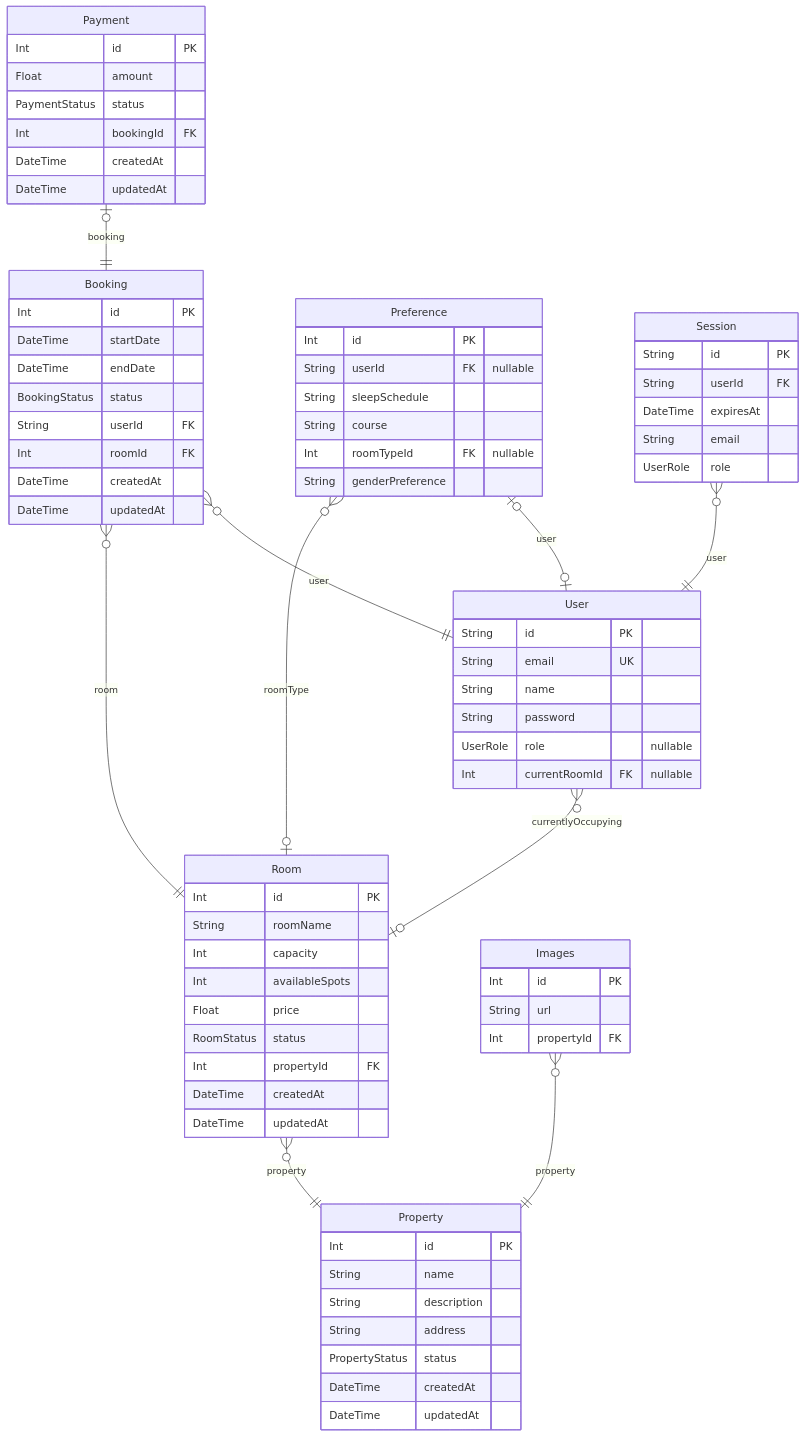
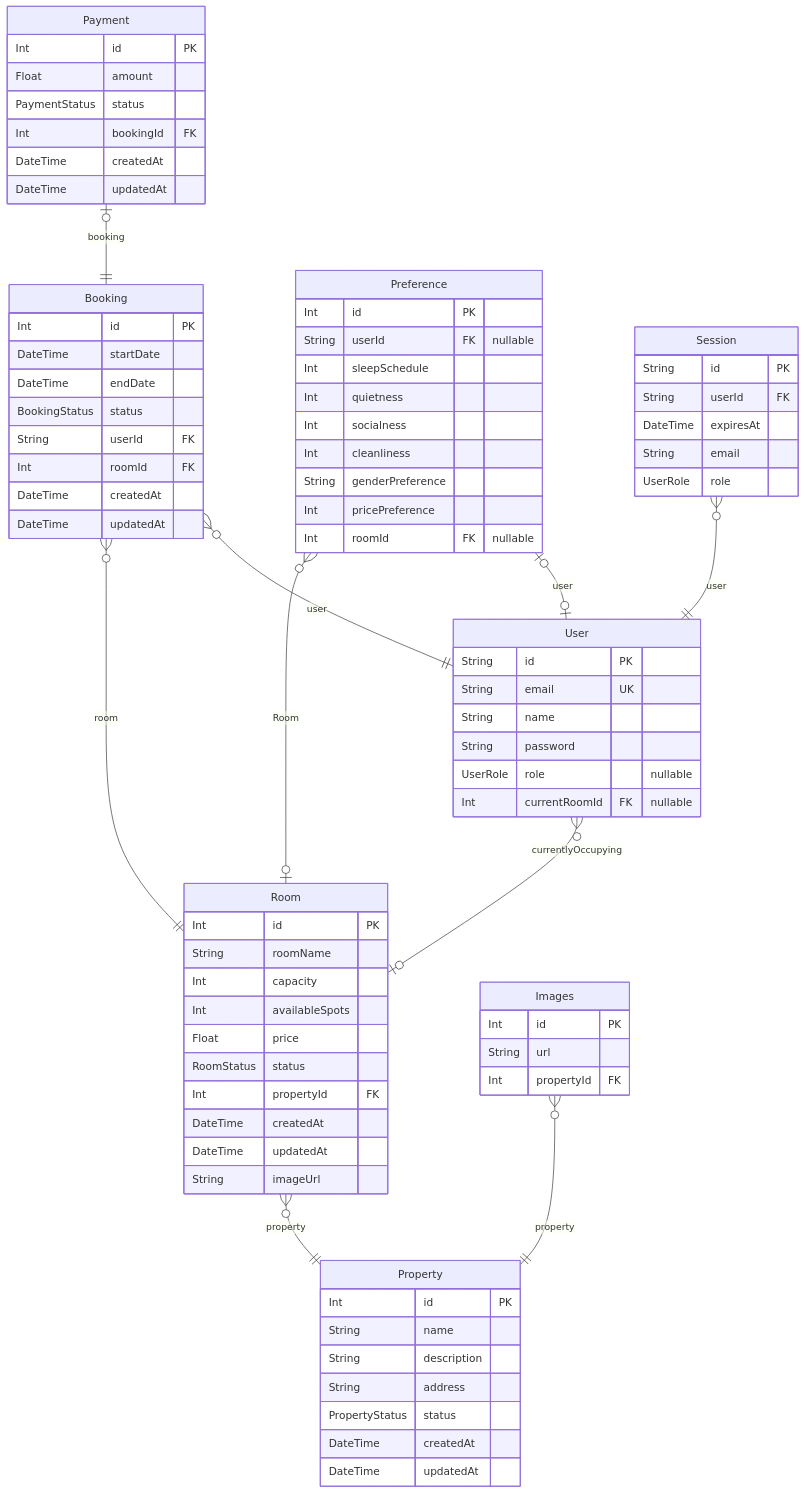
One commit to alidauda/maryam_work changed the diagram in prisma/ERD.md. Above: the diagram before and after it, drawn with Mermaid. The commit also changed other lines of this file and 29 other files, not shown here.

````diff
--- a/prisma/ERD.md
+++ b/prisma/ERD.md
@@ -7,78 +7,82 @@
 ```mermaid
 erDiagram
 "Room" {
   Int id PK
   String roomName
   Int capacity
   Int availableSpots
   Float price
   RoomStatus status
   Int propertyId FK
   DateTime createdAt
   DateTime updatedAt
+  String imageUrl
 }
 "User" {
   String id PK
   String email UK
   String name
   String password
   UserRole role "nullable"
   Int currentRoomId FK "nullable"
 }
 "Booking" {
   Int id PK
   DateTime startDate
   DateTime endDate
   BookingStatus status
   String userId FK
   Int roomId FK
   DateTime createdAt
   DateTime updatedAt
 }
 "Preference" {
   Int id PK
   String userId FK "nullable"
-  String sleepSchedule
-  String course
-  Int roomTypeId FK "nullable"
+  Int sleepSchedule
+  Int quietness
+  Int socialness
+  Int cleanliness
   String genderPreference
+  Int pricePreference
+  Int roomId FK "nullable"
 }
 "Session" {
   String id PK
   String userId FK
   DateTime expiresAt
   String email
   UserRole role
 }
 "Property" {
   Int id PK
   String name
   String description
   String address
   PropertyStatus status
   DateTime createdAt
   DateTime updatedAt
 }
 "Payment" {
   Int id PK
   Float amount
   PaymentStatus status
   Int bookingId FK
   DateTime createdAt
   DateTime updatedAt
 }
 "Images" {
   Int id PK
   String url
   Int propertyId FK
 }
 "Room" }o--|| "Property" : property
 "User" }o--o| "Room" : currentlyOccupying
 "Booking" }o--|| "User" : user
 "Booking" }o--|| "Room" : room
 "Preference" |o--o| "User" : user
-"Preference" }o--o| "Room" : roomType
+"Preference" }o--o| "Room" : Room
 "Session" }o--|| "User" : user
 "Payment" |o--|| "Booking" : booking
 "Images" }o--|| "Property" : property
 ```
````
